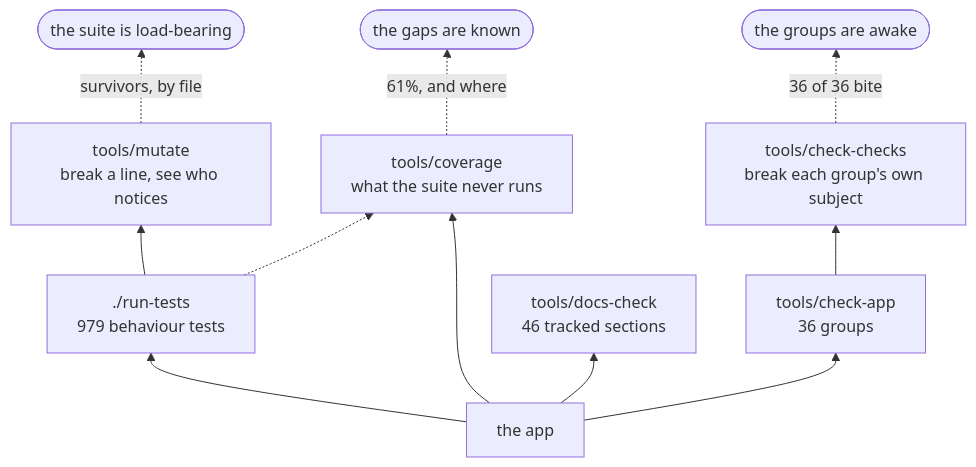
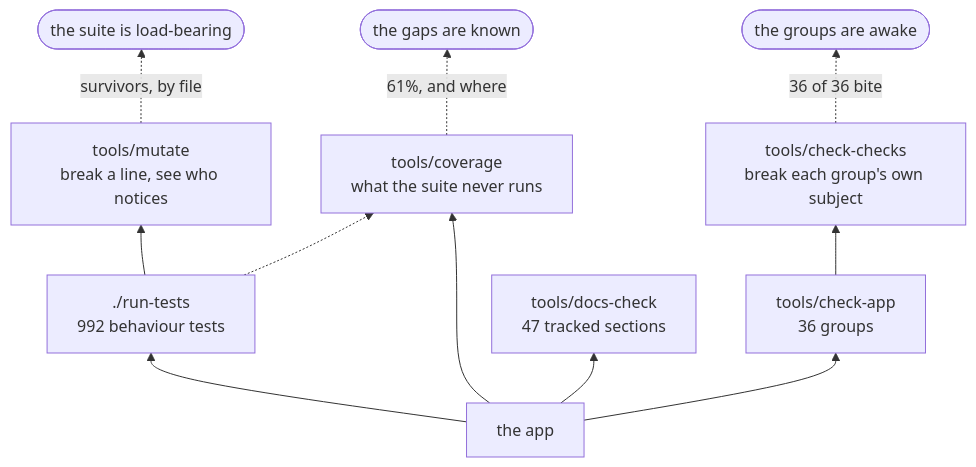
The second of 3 diagrams in docs/DEVELOPING.md (minormending/crystal-pilot-mobile), drawn with Mermaid before and after one commit. The commit also changed other lines of this file and 13 other files, not shown here.

````diff
--- a/docs/DEVELOPING.md
+++ b/docs/DEVELOPING.md
@@ -129,13 +152,13 @@
 ```mermaid
 flowchart BT
-    C["the app"] --> T["./run-tests<br/>979 behaviour tests"]
+    C["the app"] --> T["./run-tests<br/>992 behaviour tests"]
     C --> A["tools/check-app<br/>36 groups"]
-    C --> D["tools/docs-check<br/>46 tracked sections"]
+    C --> D["tools/docs-check<br/>47 tracked sections"]
     C --> V["tools/coverage<br/>what the suite never runs"]
     T --> M["tools/mutate<br/>break a line, see who notices"]
     A --> K["tools/check-checks<br/>break each group's own subject"]
     T -.-> V
     M -.->|"survivors, by file"| R(["the suite is load-bearing"])
     K -.->|"36 of 36 bite"| R2(["the groups are awake"])
     V -.->|"61%, and where"| R3(["the gaps are known"])
 ```
````
